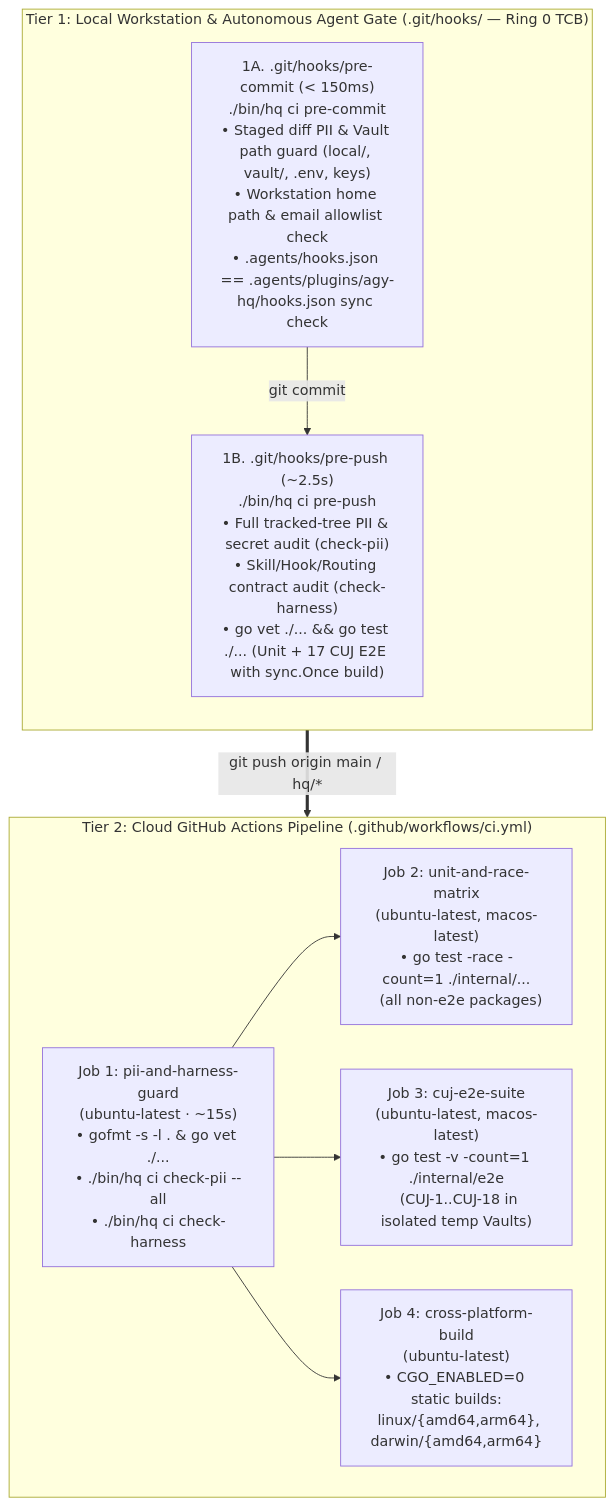
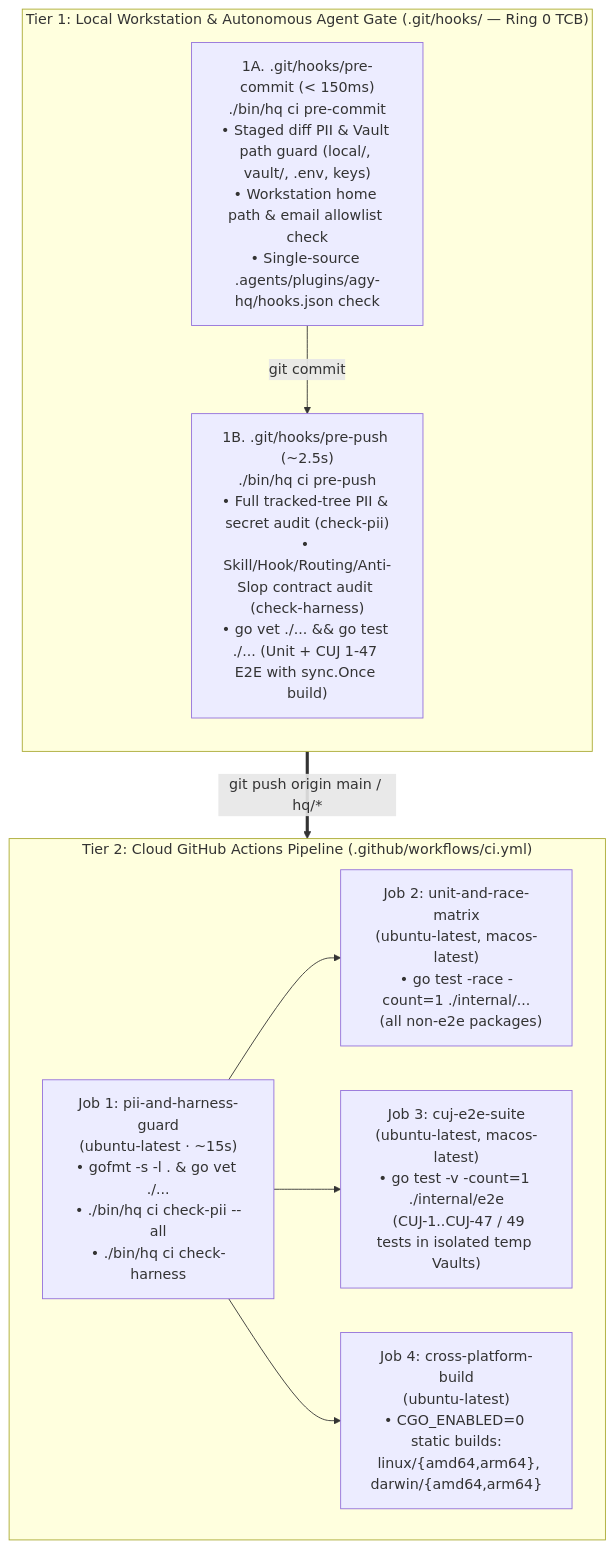
Before and after one commit to zjshen14/agy-hq: the diagram in docs/design/0011-ci-pipeline-and-regression-harness.md, drawn with Mermaid. The commit also changed other lines of this file and 168 other files, not shown here.

````diff
--- a/docs/design/0011-ci-pipeline-and-regression-harness.md
+++ b/docs/design/0011-ci-pipeline-and-regression-harness.md
@@ -40,20 +42,20 @@
 ```mermaid
 flowchart TB
     subgraph Local["Tier 1: Local Workstation & Autonomous Agent Gate (.git/hooks/ — Ring 0 TCB)"]
         direction TB
-        PC["1A. .git/hooks/pre-commit (< 150ms)\n./bin/hq ci pre-commit\n• Staged diff PII & Vault path guard (local/, vault/, .env, keys)\n• Workstation home path & email allowlist check\n• .agents/hooks.json == .agents/plugins/agy-hq/hooks.json sync check"]
-        PP["1B. .git/hooks/pre-push (~2.5s)\n./bin/hq ci pre-push\n• Full tracked-tree PII & secret audit (check-pii)\n• Skill/Hook/Routing contract audit (check-harness)\n• go vet ./... && go test ./... (Unit + 17 CUJ E2E with sync.Once build)"]
+        PC["1A. .git/hooks/pre-commit (< 150ms)\n./bin/hq ci pre-commit\n• Staged diff PII & Vault path guard (local/, vault/, .env, keys)\n• Workstation home path & email allowlist check\n• Single-source .agents/plugins/agy-hq/hooks.json check"]
+        PP["1B. .git/hooks/pre-push (~2.5s)\n./bin/hq ci pre-push\n• Full tracked-tree PII & secret audit (check-pii)\n• Skill/Hook/Routing/Anti-Slop contract audit (check-harness)\n• go vet ./... && go test ./... (Unit + CUJ 1-47 E2E with sync.Once build)"]
         PC -->|"git commit"| PP
     end
 
     subgraph Cloud["Tier 2: Cloud GitHub Actions Pipeline (.github/workflows/ci.yml)"]
         direction LR
         J1["Job 1: pii-and-harness-guard\n(ubuntu-latest · ~15s)\n• gofmt -s -l . & go vet ./...\n• ./bin/hq ci check-pii --all\n• ./bin/hq ci check-harness"]
         J2["Job 2: unit-and-race-matrix\n(ubuntu-latest, macos-latest)\n• go test -race -count=1 ./internal/...\n  (all non-e2e packages)"]
-        J3["Job 3: cuj-e2e-suite\n(ubuntu-latest, macos-latest)\n• go test -v -count=1 ./internal/e2e\n  (CUJ-1..CUJ-18 in isolated temp Vaults)"]
+        J3["Job 3: cuj-e2e-suite\n(ubuntu-latest, macos-latest)\n• go test -v -count=1 ./internal/e2e\n  (CUJ-1..CUJ-47 / 49 tests in isolated temp Vaults)"]
         J4["Job 4: cross-platform-build\n(ubuntu-latest)\n• CGO_ENABLED=0 static builds:\n  linux/{amd64,arm64}, darwin/{amd64,arm64}"]
         J1 --> J2 & J3 & J4
     end
 
     PP ==>|"git push origin main / hq/*"| Cloud
 ```
````
